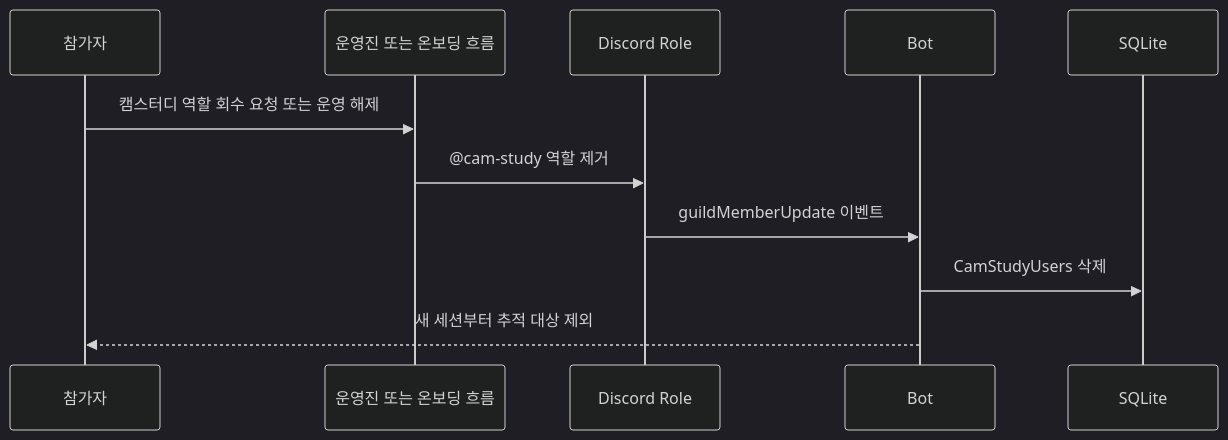
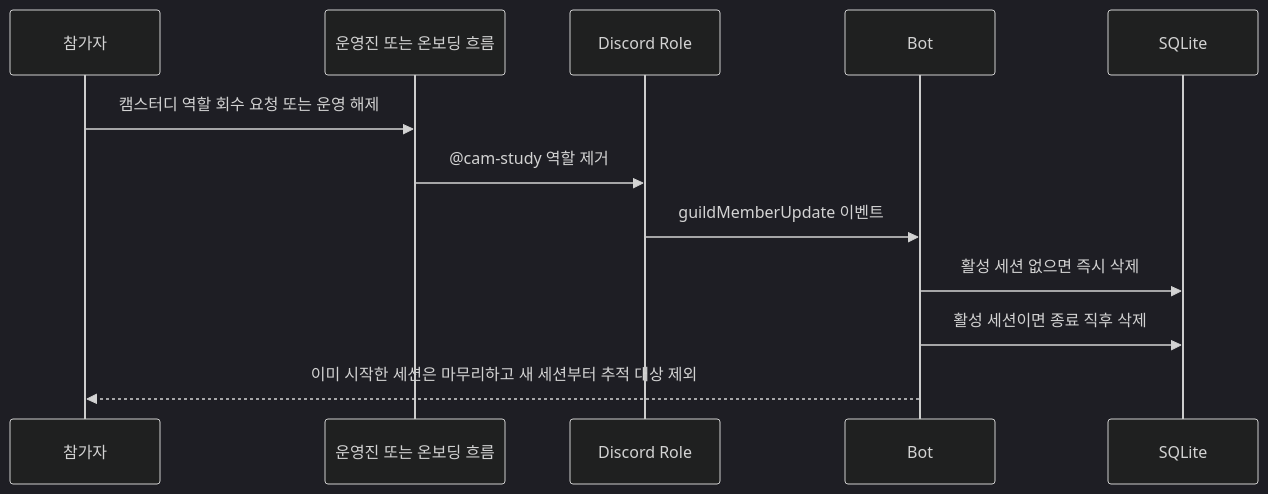
One commit to honki12345/haruharu-discord-bot changed diagram 14 of 16 in docs/USER_STORIES.md. Above: the diagram before and after it, drawn with Mermaid (dark theme). The commit also changed other lines of this file and 9 other files, not shown here.

Commit message:
fix: tighten cam study revoke boundary (#53)

````diff
--- a/docs/USER_STORIES.md
+++ b/docs/USER_STORIES.md
@@ -616,14 +617,15 @@
 ```mermaid
 sequenceDiagram
     participant U as 참가자
     participant O as 운영진 또는 온보딩 흐름
     participant D as Discord Role
     participant B as Bot
     participant DB as SQLite
 
     U->>O: 캠스터디 역할 회수 요청 또는 운영 해제
     O->>D: @cam-study 역할 제거
     D->>B: guildMemberUpdate 이벤트
-    B->>DB: CamStudyUsers 삭제
-    B-->>U: 새 세션부터 추적 대상 제외
+    B->>DB: 활성 세션 없으면 즉시 삭제
+    B->>DB: 활성 세션이면 종료 직후 삭제
+    B-->>U: 이미 시작한 세션은 마무리하고 새 세션부터 추적 대상 제외
 ```
````
